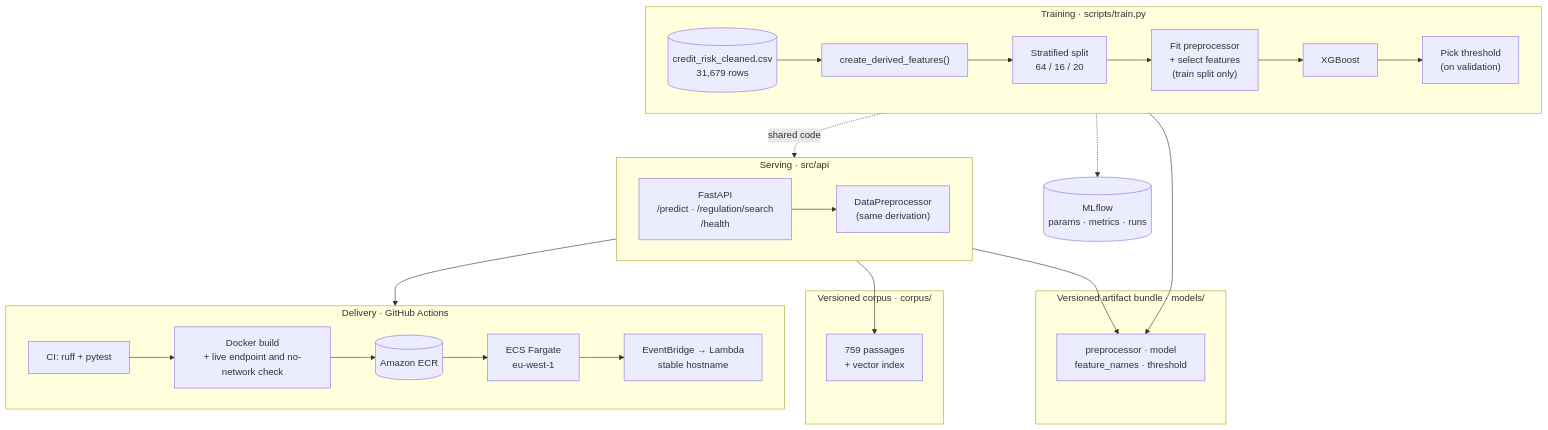
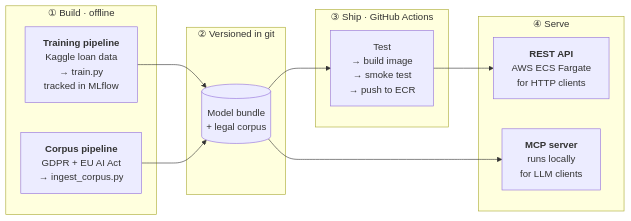
One commit to AntonioAlbaladejo/credit-risk-engine changed the first of 2 diagrams in README.md. Above: the diagram before and after it, drawn with Mermaid. The commit also changed other lines of this file, not shown here.

````diff
--- a/README.md
+++ b/README.md
@@ -136,47 +51,25 @@
 ```mermaid
-flowchart TB
-    subgraph training["Training  ·  scripts/train.py"]
-        direction LR
-        raw[("credit_risk_cleaned.csv<br/>31,679 rows")]
-        derive["create_derived_features()"]
-        split["Stratified split<br/>64 / 16 / 20"]
-        fit["Fit preprocessor<br/>+ select features<br/>(train split only)"]
-        train["XGBoost"]
-        thr["Pick threshold<br/>(on validation)"]
-        raw --> derive --> split --> fit --> train --> thr
+flowchart LR
+    subgraph build["① Build · offline"]
+        train["<b>Training pipeline</b><br/>Kaggle loan data<br/>→ train.py<br/>tracked in MLflow"]
+        ingest["<b>Corpus pipeline</b><br/>GDPR + EU AI Act<br/>→ ingest_corpus.py"]
     end
 
-    subgraph bundle["Versioned artifact bundle  ·  models/"]
-        art["preprocessor · model<br/>feature_names · threshold"]
+    subgraph git["② Versioned in git"]
+        artifacts[("Model bundle<br/>+ legal corpus")]
     end
 
-    subgraph corpusdir["Versioned corpus  ·  corpus/"]
-        idx["759 passages<br/>+ vector index"]
+    subgraph ship["③ Ship · GitHub Actions"]
+        cicd["Test<br/>→ build image<br/>→ smoke test<br/>→ push to ECR"]
     end
 
-    subgraph serving["Serving  ·  src/api"]
-        direction LR
-        api["FastAPI<br/>/predict · /regulation/search<br/>/health"]
-        pre["DataPreprocessor<br/>(same derivation)"]
-        api --> pre --> art
+    subgraph serve["④ Serve"]
+        api["<b>REST API</b><br/>AWS ECS Fargate<br/>for HTTP clients"]
+        mcp["<b>MCP server</b><br/>runs locally<br/>for LLM clients"]
     end
 
-    api --> idx
-
-    subgraph deploy["Delivery  ·  GitHub Actions"]
-        direction LR
-        ci["CI: ruff + pytest"]
-        img["Docker build<br/>+ live endpoint and no-network check"]
-        ecr[("Amazon ECR")]
-        ecs["ECS Fargate<br/>eu-west-1"]
-        dns["EventBridge → Lambda<br/>stable hostname"]
-        ci --> img --> ecr --> ecs --> dns
-    end
-
-    thr --> art
-    derive -.->|shared code| pre
-    serving --> img
-
-    mlflow[("MLflow<br/>params · metrics · runs")]
-    training -.-> mlflow
+    train --> artifacts
+    ingest --> artifacts
+    artifacts --> cicd --> api
+    artifacts ---> mcp
 ```
````
